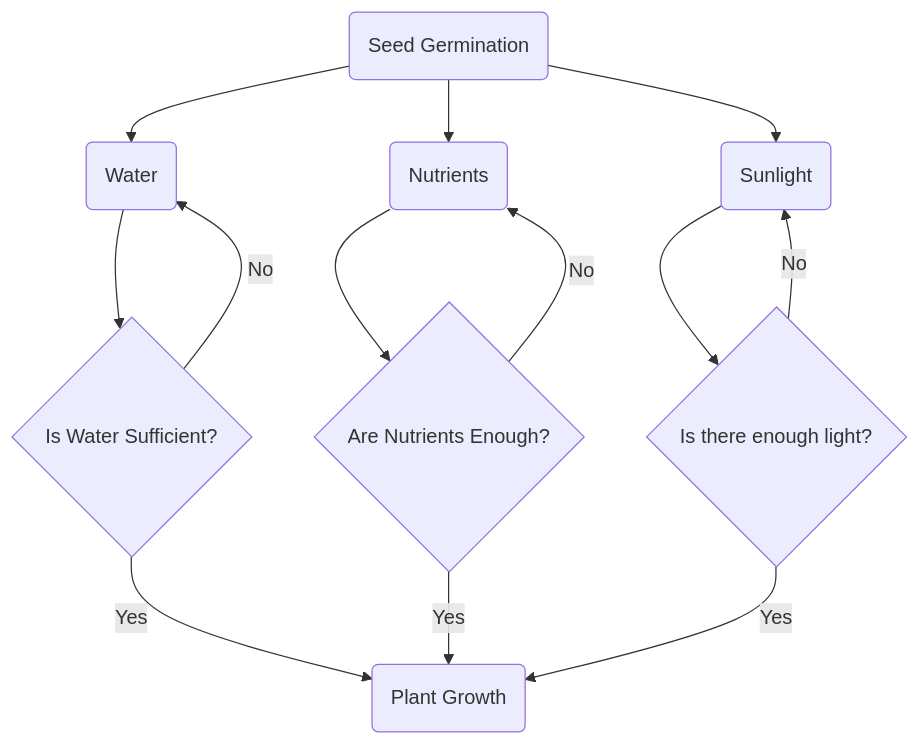
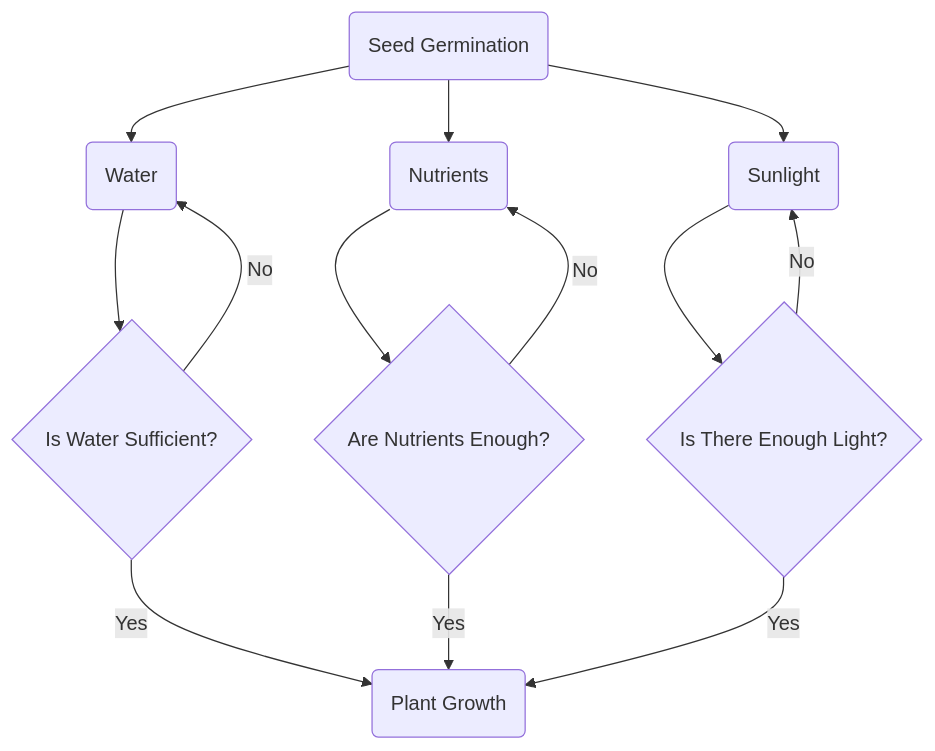
Before and after one commit to greysch/mermaid: the diagram in Diagram.md, drawn with Mermaid.

````diff
--- a/Diagram.md
+++ b/Diagram.md
@@ -3,16 +3,15 @@
 ```mermaid
 flowchart TD
     Start(Seed Germination) --> Water(Water)
     Start --> Fert(Nutrients)
     Start --> Sun(Sunlight)
     Water --> Dry{Is Water Sufficient?}
     Dry -- Yes --> Grow(Plant Growth)
     Dry -- No --> Water
     Fert --> Fed{Are Nutrients Enough?}
     Fed -- Yes --> Grow
     Fed -- No --> Fert
-    Sun --> Dim{Is there enough light?}
+    Sun --> Dim{Is There Enough Light?}
     Dim -- Yes --> Grow
     Dim -- No --> Sun
-
 ```
````
